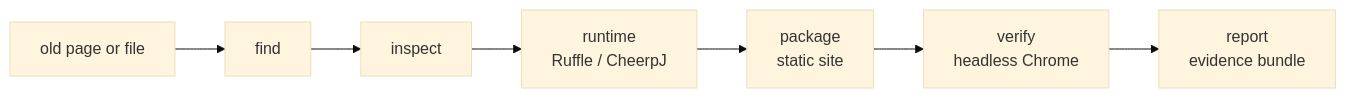
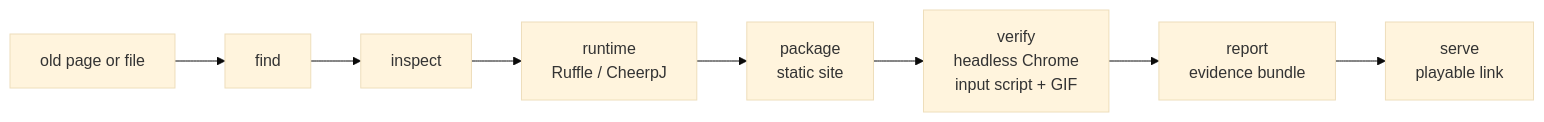
One commit to Abelo9996/web-revive changed the diagram in README.md. Above: the diagram before and after it, drawn with Mermaid (base theme). The commit also changed other lines of this file and 3 other files, not shown here.

````diff
--- a/README.md
+++ b/README.md
@@ -101,9 +135,10 @@
 ```mermaid
 flowchart LR
   A[old page or file] --> B[find]
   B --> C[inspect]
   C --> D[runtime<br/>Ruffle / CheerpJ]
   D --> E[package<br/>static site]
-  E --> F[verify<br/>headless Chrome]
+  E --> F[verify<br/>headless Chrome<br/>input script + GIF]
   F --> G[report<br/>evidence bundle]
+  G --> H[serve<br/>playable link]
 ```
````
